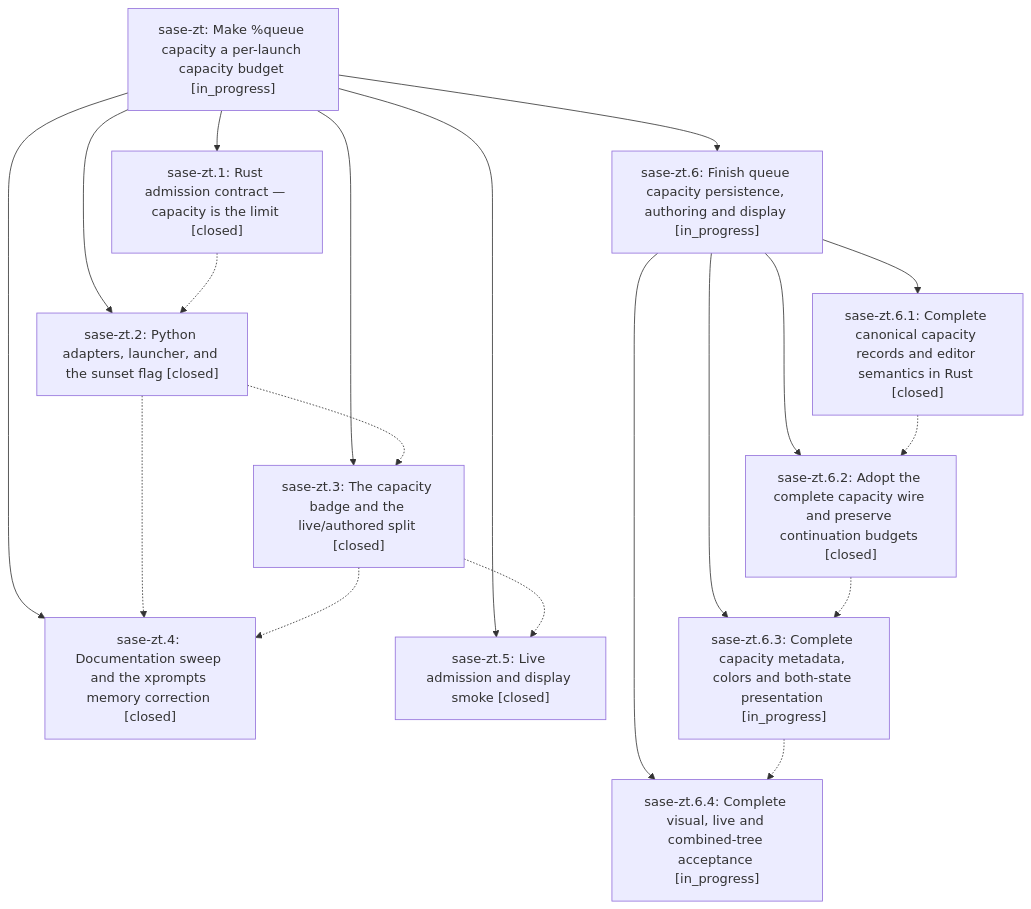
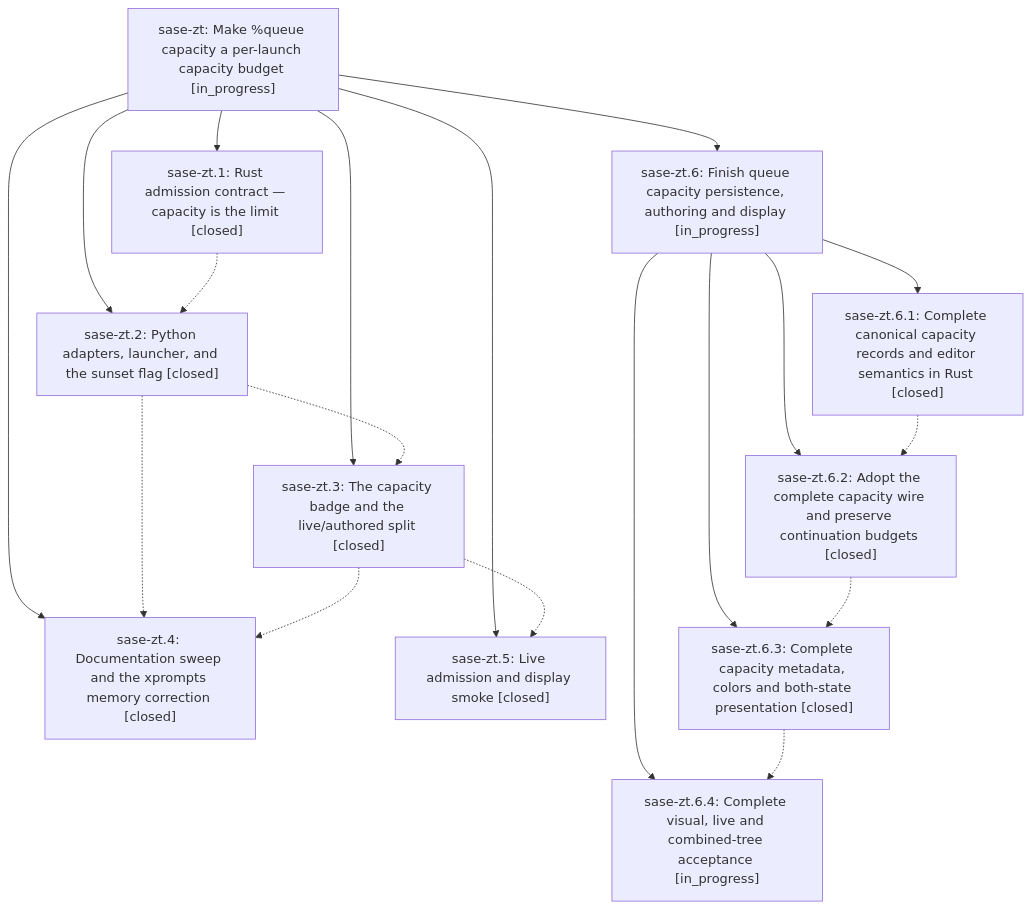
One commit to sase-org/sase--beads changed the diagram in pages/sase-zt/README.md. Above: the diagram before and after it, drawn with Mermaid. The commit also changed other lines of this file and 3 other files, not shown here.

````diff
--- a/pages/sase-zt/README.md
+++ b/pages/sase-zt/README.md
@@ -50,32 +50,32 @@
 ```mermaid
 flowchart TD
     n0["sase-zt: Make %queue capacity a per-launch capacity budget [in_progress]"]
     n1["sase-zt.1: Rust admission contract — capacity is the limit [closed]"]
     n2["sase-zt.2: Python adapters, launcher, and the sunset flag [closed]"]
     n3["sase-zt.3: The capacity badge and the live/authored split [closed]"]
     n4["sase-zt.4: Documentation sweep and the xprompts memory correction [closed]"]
     n5["sase-zt.5: Live admission and display smoke [closed]"]
     n6["sase-zt.6: Finish queue capacity persistence, authoring and display [in_progress]"]
     n7["sase-zt.6.1: Complete canonical capacity records and editor semantics in Rust [closed]"]
     n8["sase-zt.6.2: Adopt the complete capacity wire and preserve continuation budgets [closed]"]
-    n9["sase-zt.6.3: Complete capacity metadata, colors and both-state presentation [in_progress]"]
+    n9["sase-zt.6.3: Complete capacity metadata, colors and both-state presentation [closed]"]
     n10["sase-zt.6.4: Complete visual, live and combined-tree acceptance [in_progress]"]
     n0 --> n1
     n0 --> n2
     n0 --> n3
     n0 --> n4
     n0 --> n5
     n0 --> n6
     n6 --> n7
     n6 --> n8
     n6 --> n9
     n6 --> n10
     n1 -.-> n2
     n2 -.-> n3
     n2 -.-> n4
     n3 -.-> n4
     n3 -.-> n5
     n7 -.-> n8
     n8 -.-> n9
     n9 -.-> n10
 ```
````
